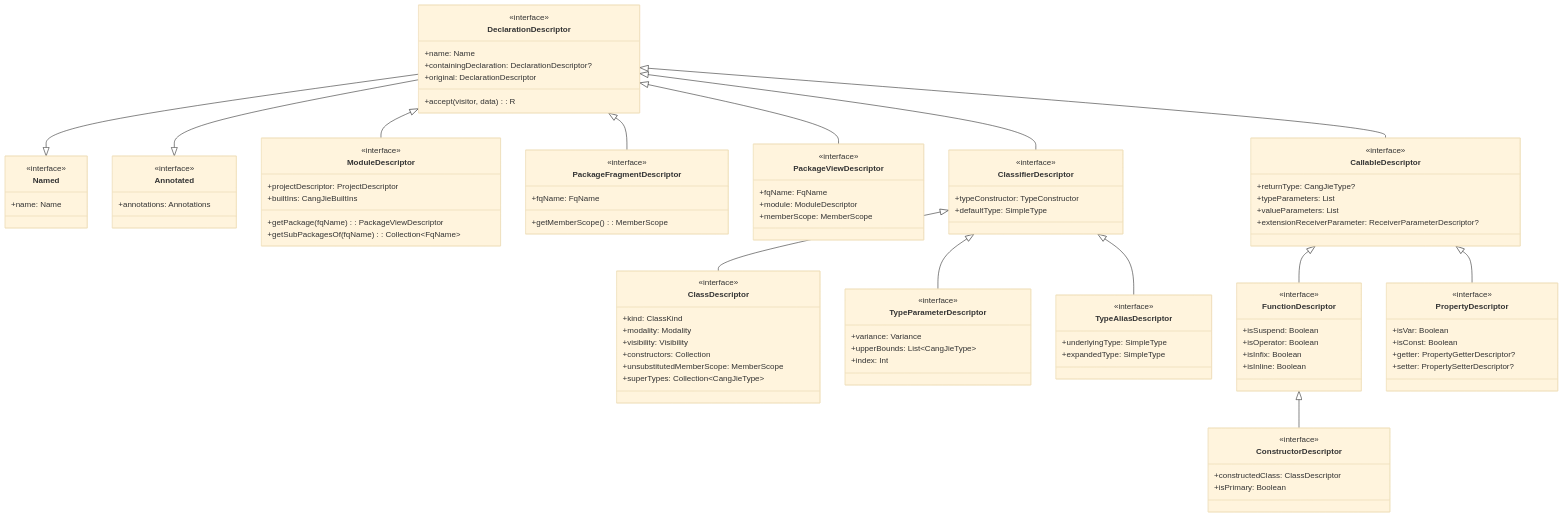
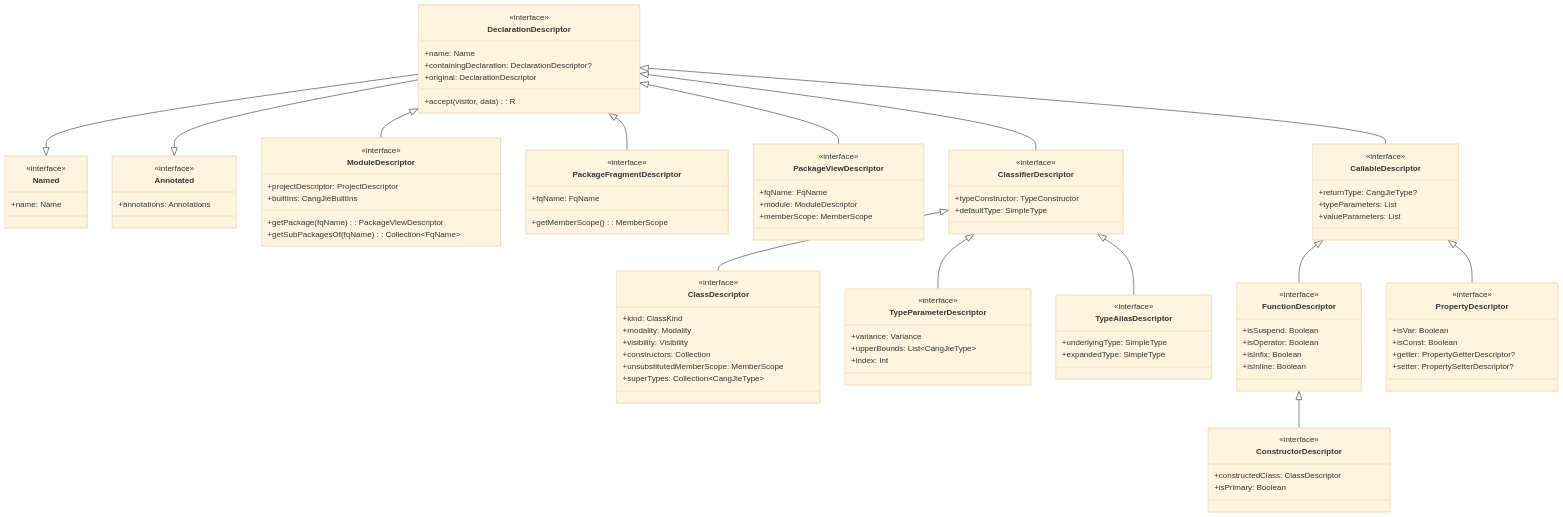
Before and after one commit to lin-qingying/intellij-cangjie: the first of 11 diagrams in descriptors/README.md, drawn with Mermaid (base theme). The commit also changed 50 other files, not shown here.

```diff
--- a/descriptors/README.md
+++ b/descriptors/README.md
@@ -214,7 +214,7 @@
         +returnType: CangJieType?
         +typeParameters: List
         +valueParameters: List
-        +extensionReceiverParameter: ReceiverParameterDescriptor?
+         
     }
 
     class FunctionDescriptor {
```
